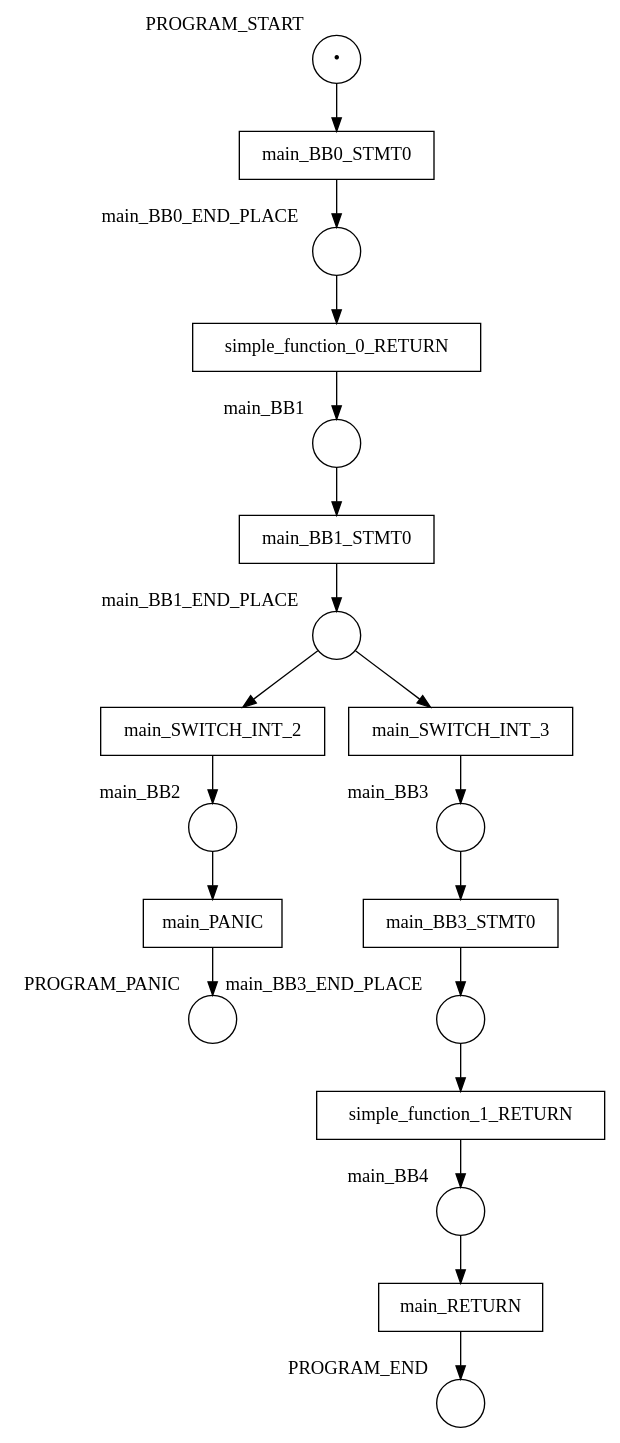
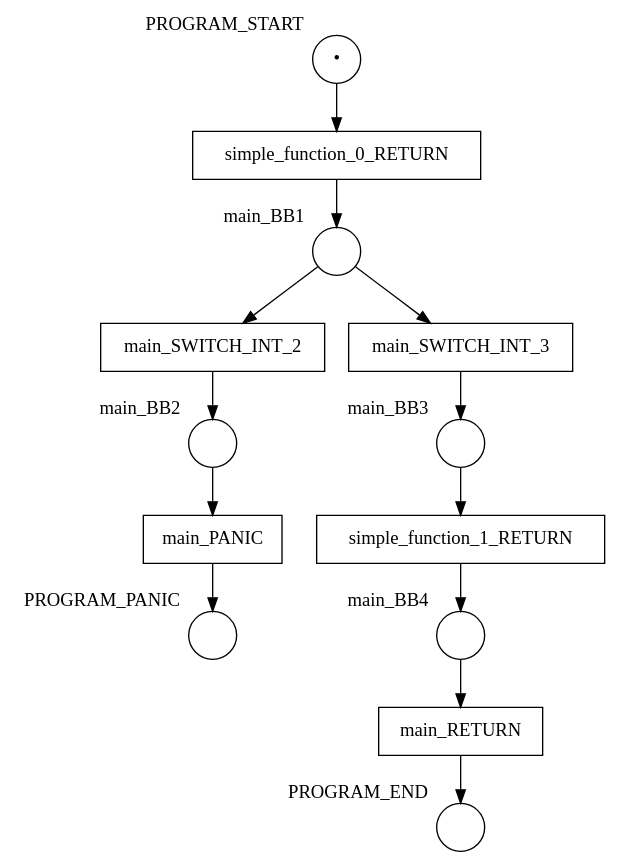
One commit to hlisdero/cargo-check-deadlock changed the diagram in examples/results/function_call/two_calls_same_function/net.dot. Above: the diagram before and after it, drawn with Graphviz. The commit also changed 57 other files, not shown here.

First line of the commit message:
Architectural change: Do not model MIR statements anymore.

```diff
--- a/examples/results/function_call/two_calls_same_function/net.dot
+++ b/examples/results/function_call/two_calls_same_function/net.dot
@@ -1,39 +1,27 @@
 digraph petrinet {
     PROGRAM_END [shape="circle" xlabel="PROGRAM_END" label=""];
     PROGRAM_PANIC [shape="circle" xlabel="PROGRAM_PANIC" label=""];
     PROGRAM_START [shape="circle" xlabel="PROGRAM_START" label="•"];
-    main_BB0_END_PLACE [shape="circle" xlabel="main_BB0_END_PLACE" label=""];
     main_BB1 [shape="circle" xlabel="main_BB1" label=""];
-    main_BB1_END_PLACE [shape="circle" xlabel="main_BB1_END_PLACE" label=""];
     main_BB2 [shape="circle" xlabel="main_BB2" label=""];
     main_BB3 [shape="circle" xlabel="main_BB3" label=""];
-    main_BB3_END_PLACE [shape="circle" xlabel="main_BB3_END_PLACE" label=""];
     main_BB4 [shape="circle" xlabel="main_BB4" label=""];
-    main_BB0_STMT0 [shape="box" xlabel="" label="main_BB0_STMT0"];
-    main_BB1_STMT0 [shape="box" xlabel="" label="main_BB1_STMT0"];
-    main_BB3_STMT0 [shape="box" xlabel="" label="main_BB3_STMT0"];
     main_PANIC [shape="box" xlabel="" label="main_PANIC"];
     main_RETURN [shape="box" xlabel="" label="main_RETURN"];
     main_SWITCH_INT_2 [shape="box" xlabel="" label="main_SWITCH_INT_2"];
     main_SWITCH_INT_3 [shape="box" xlabel="" label="main_SWITCH_INT_3"];
     simple_function_0_RETURN [shape="box" xlabel="" label="simple_function_0_RETURN"];
     simple_function_1_RETURN [shape="box" xlabel="" label="simple_function_1_RETURN"];
-    PROGRAM_START -> main_BB0_STMT0;
-    main_BB0_END_PLACE -> simple_function_0_RETURN;
-    main_BB1 -> main_BB1_STMT0;
-    main_BB1_END_PLACE -> main_SWITCH_INT_2;
-    main_BB1_END_PLACE -> main_SWITCH_INT_3;
+    PROGRAM_START -> simple_function_0_RETURN;
+    main_BB1 -> main_SWITCH_INT_2;
+    main_BB1 -> main_SWITCH_INT_3;
     main_BB2 -> main_PANIC;
-    main_BB3 -> main_BB3_STMT0;
-    main_BB3_END_PLACE -> simple_function_1_RETURN;
+    main_BB3 -> simple_function_1_RETURN;
     main_BB4 -> main_RETURN;
-    main_BB0_STMT0 -> main_BB0_END_PLACE;
-    main_BB1_STMT0 -> main_BB1_END_PLACE;
-    main_BB3_STMT0 -> main_BB3_END_PLACE;
     main_PANIC -> PROGRAM_PANIC;
     main_RETURN -> PROGRAM_END;
     main_SWITCH_INT_2 -> main_BB2;
     main_SWITCH_INT_3 -> main_BB3;
     simple_function_0_RETURN -> main_BB1;
     simple_function_1_RETURN -> main_BB4;
 }
```
